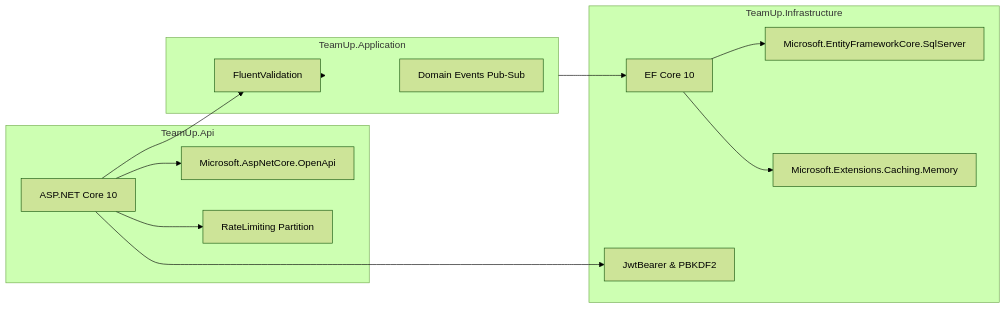
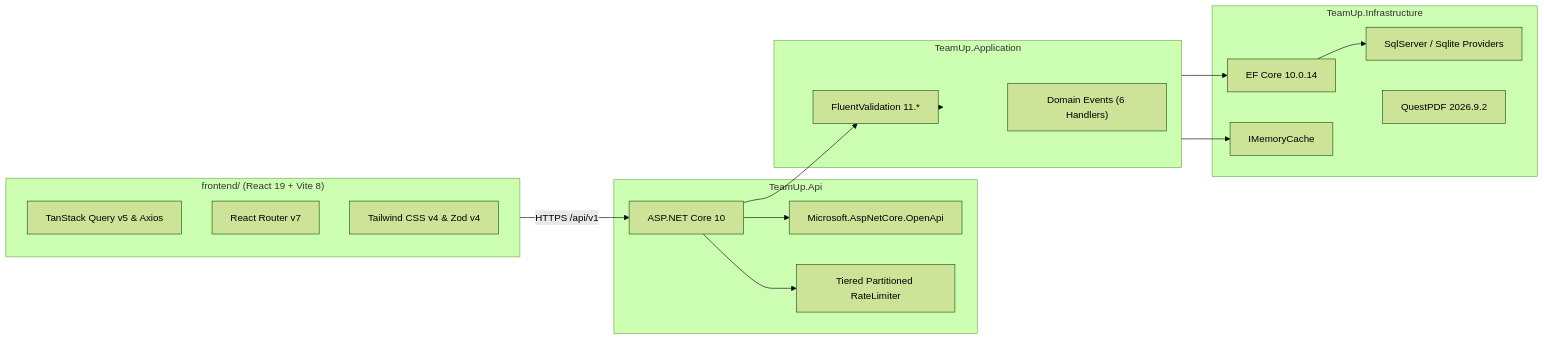
Before and after one commit to AhmedTyson/TeamUp: the first of 2 diagrams in wiki/Technology Stack & Architecture.md, drawn with Mermaid (forest theme). The commit also changed other lines of this file and 34 other files, not shown here.

Commit message:
docs: refine README, wiki, ERD/mapping specs, API guides, and add LICENSE

````diff
--- a/wiki/Technology Stack & Architecture.md
+++ b/wiki/Technology Stack & Architecture.md
@@ -43,29 +60,36 @@
 ```mermaid
 graph LR
+    subgraph Frontend["frontend/ (React 19 + Vite 8)"]
+        RQ["TanStack Query v5 & Axios"]
+        RR["React Router v7"]
+        TW["Tailwind CSS v4 & Zod v4"]
+    end
+
     subgraph Presentation["TeamUp.Api"]
         NET["ASP.NET Core 10"]
         OPENAPI["Microsoft.AspNetCore.OpenApi"]
-        RATELIM["RateLimiting Partition"]
+        RATELIM["Tiered Partitioned RateLimiter"]
     end
 
     subgraph Application["TeamUp.Application"]
-        FV["FluentValidation"]
-        MED["Domain Events Pub-Sub"]
+        FV["FluentValidation 11.*"]
+        MED["Domain Events (6 Handlers)"]
     end
 
     subgraph Infrastructure["TeamUp.Infrastructure"]
-        EFC["EF Core 10"]
-        SQL["Microsoft.EntityFrameworkCore.SqlServer"]
-        JWT["JwtBearer & PBKDF2"]
-        MEM["Microsoft.Extensions.Caching.Memory"]
+        EFC["EF Core 10.0.14"]
+        SQL["SqlServer / Sqlite Providers"]
+        QPDF["QuestPDF 2026.9.2"]
+        MEM["IMemoryCache"]
     end
 
+    Frontend -->|HTTPS /api/v1| NET
     NET --> FV
     NET --> OPENAPI
     NET --> RATELIM
     FV --> Application
     Application --> EFC
     EFC --> SQL
-    EFC --> MEM
-    NET --> JWT
+    Application --> MEM
+    Infrastructure --> QPDF
 ```
````
